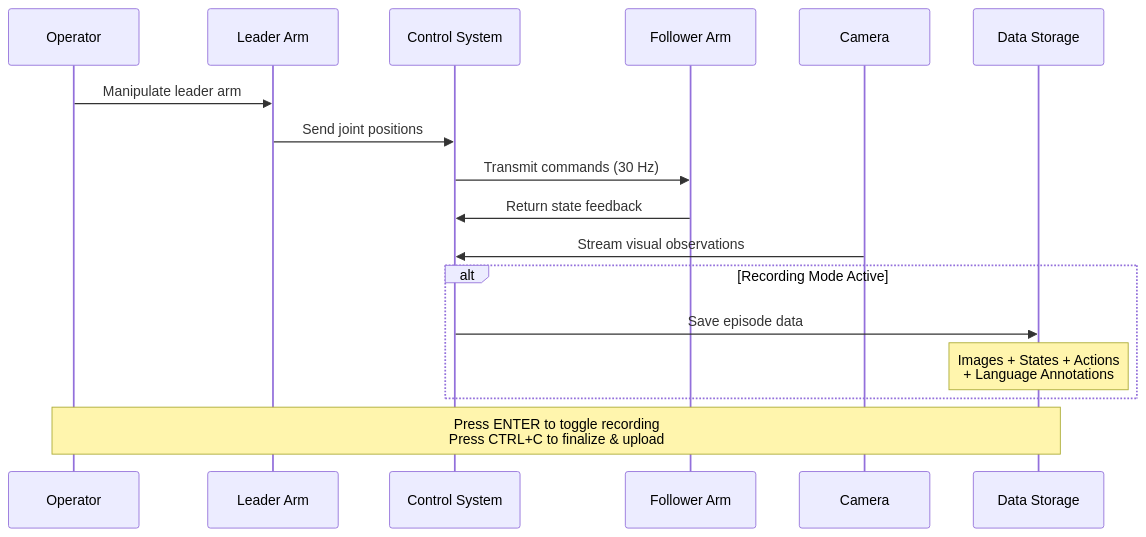
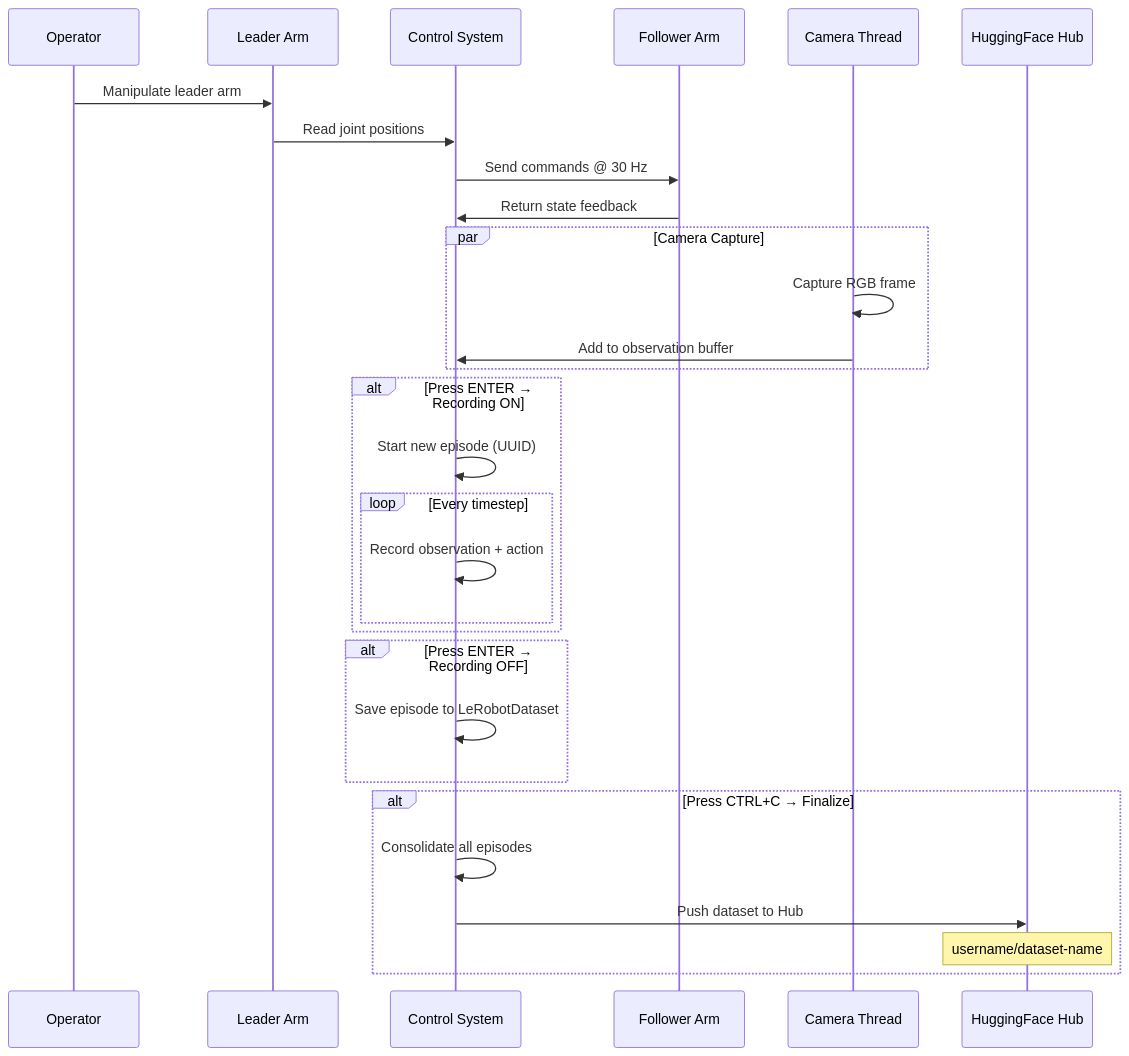
Before and after one commit to nu-jliu/nu-jliu.github.io: the sixth of 12 diagrams in _posts/2025-12-18-allen-vla.md, drawn with Mermaid. The commit also changed other lines of this file, not shown here.

````diff
--- a/_posts/2025-12-18-allen-vla.md
+++ b/_posts/2025-12-18-allen-vla.md
@@ -171,22 +430,36 @@
 ```mermaid
 sequenceDiagram
-    participant Operator
-    participant Leader Arm
-    participant Control System
-    participant Follower Arm
-    participant Camera
-    participant Data Storage
+    participant 👤 as Operator
+    participant 👆 as Leader Arm
+    participant 💻 as Control System
+    participant 🤖 as Follower Arm
+    participant 📷 as Camera Thread
+    participant 🤗 as HuggingFace Hub
 
-    Operator->>Leader Arm: Manipulate leader arm
-    Leader Arm->>Control System: Send joint positions
-    Control System->>Follower Arm: Transmit commands (30 Hz)
-    Follower Arm->>Control System: Return state feedback
-    Camera->>Control System: Stream visual observations
+    👤->>👆: Manipulate leader arm
+    👆->>💻: Read joint positions
+    💻->>🤖: Send commands @ 30 Hz
+    🤖->>💻: Return state feedback
 
-    alt Recording Mode Active
-        Control System->>Data Storage: Save episode data
-        Note over Data Storage: Images + States + Actions<br/>+ Language Annotations
+    par Camera Capture
+        📷->>📷: Capture RGB frame
+        📷->>💻: Add to observation buffer
     end
 
-    Note over Operator,Data Storage: Press ENTER to toggle recording<br/>Press CTRL+C to finalize & upload
+    alt Press ENTER → Recording ON
+        💻->>💻: Start new episode (UUID)
+        loop Every timestep
+            💻->>💻: Record observation + action
+        end
+    end
+
+    alt Press ENTER → Recording OFF
+        💻->>💻: Save episode to LeRobotDataset
+    end
+
+    alt Press CTRL+C → Finalize
+        💻->>💻: Consolidate all episodes
+        💻->>🤗: Push dataset to Hub
+        Note over 🤗: username/dataset-name
+    end
 ```
````
